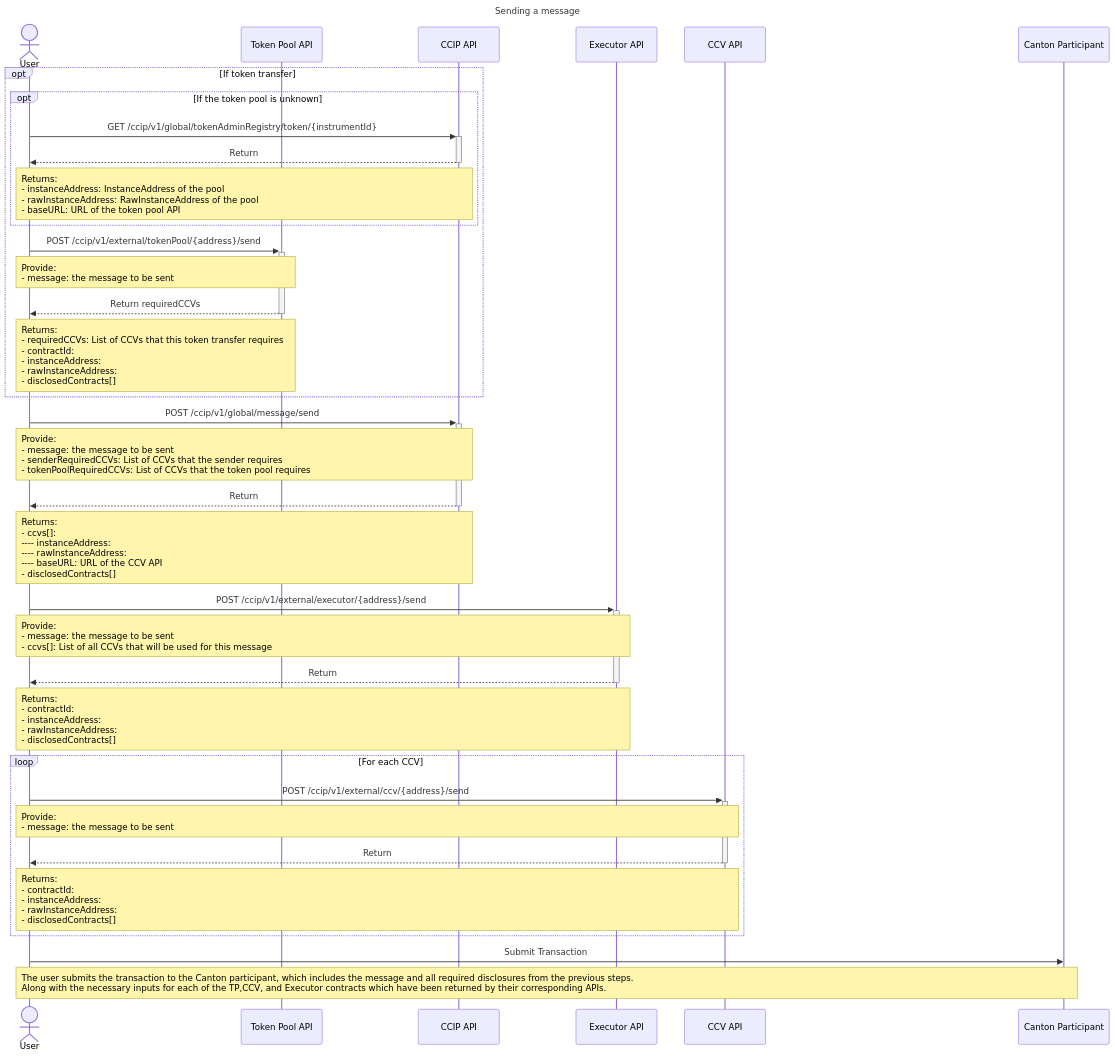
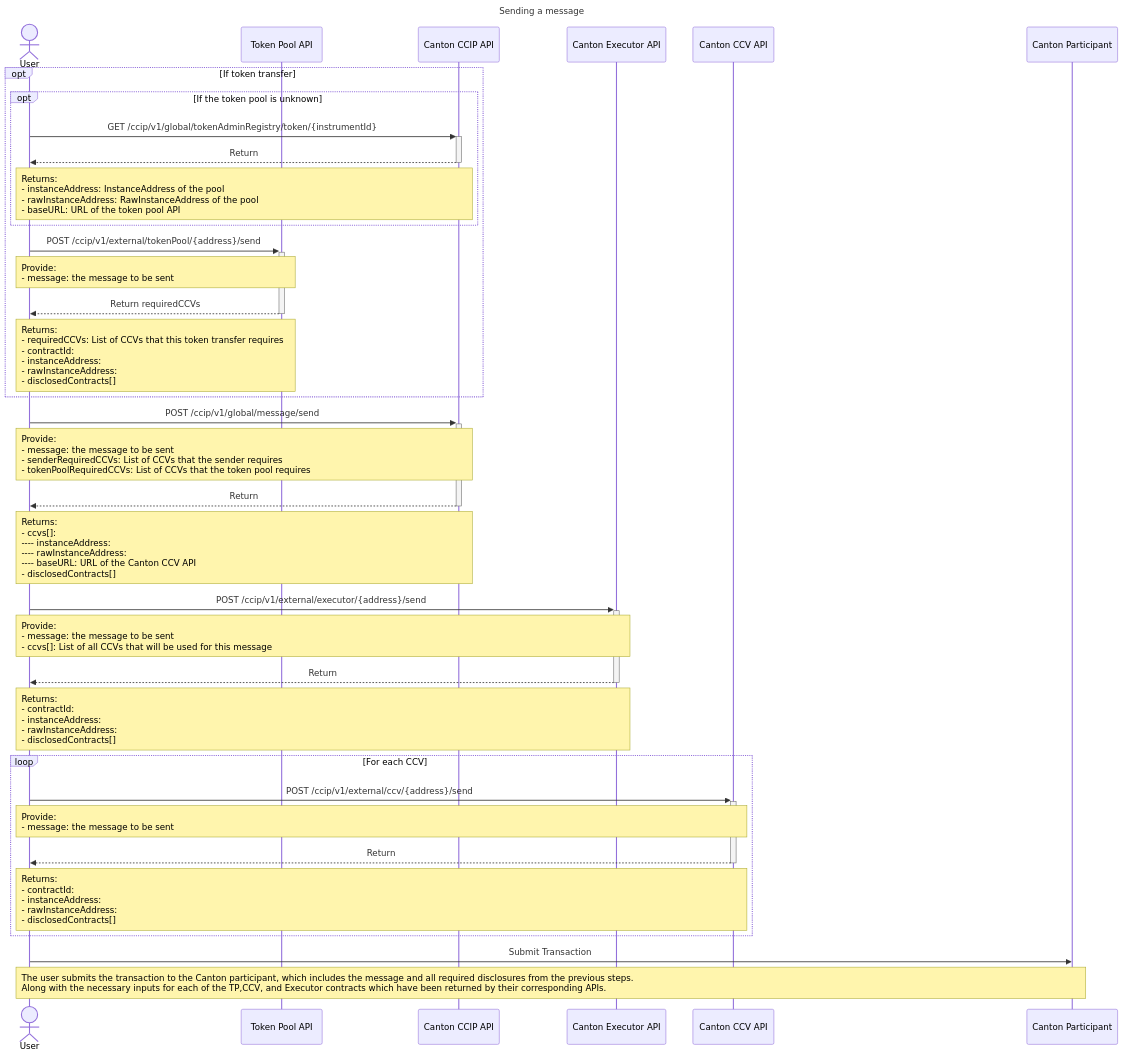
The first of 2 diagrams in openapi/src/eds/README.md (smartcontractkit/chainlink-canton), drawn with Mermaid before and after one commit. The commit also changed other lines of this file and 5 other files, not shown here.

````diff
--- a/openapi/src/eds/README.md
+++ b/openapi/src/eds/README.md
@@ -150,53 +150,53 @@
 ```mermaid
 ---
 title: Sending a message
 config:
     sequence:
         messageAlign: center
         noteAlign: left
         noteMargin: 10
     
 ---
 
 sequenceDiagram
     actor User
     participant TP as Token Pool API
-    participant CCIP as CCIP API
-    participant Executor as Executor API
-    participant CCV as CCV API
+    participant CCIP as Canton CCIP API
+    participant Executor as Canton Executor API
+    participant CCV as Canton CCV API
     participant Canton as Canton Participant
 
     opt If token transfer
         opt If the token pool is unknown
             User ->>+ CCIP: GET /ccip/v1/global/tokenAdminRegistry/token/{instrumentId}
             CCIP -->>- User: Return
             note over User, CCIP: Returns: <br/> - instanceAddress: InstanceAddress of the pool <br/> - rawInstanceAddress: RawInstanceAddress of the pool <br/> - baseURL: URL of the token pool API
         end
 
         User ->>+ TP: POST /ccip/v1/external/tokenPool/{address}/send
         note over User, TP: Provide: <br/> - message: the message to be sent
         TP -->>- User: Return requiredCCVs
         note over User, TP: Returns: <br/> - requiredCCVs: List of CCVs that this token transfer requires <br/> - contractId: <br/> - instanceAddress: <br/> - rawInstanceAddress: <br/> - disclosedContracts[]
     end
 
     User ->>+ CCIP: POST /ccip/v1/global/message/send
     note over User, CCIP: Provide: <br/> - message: the message to be sent <br/> - senderRequiredCCVs: List of CCVs that the sender requires <br/> - tokenPoolRequiredCCVs: List of CCVs that the token pool requires
     CCIP -->>- User: Return
-    note over User, CCIP: Returns: <br/> - ccvs[]: <br/> ---- instanceAddress: <br/> ---- rawInstanceAddress: <br/> ---- baseURL: URL of the CCV API <br/> - disclosedContracts[]
+    note over User, CCIP: Returns: <br/> - ccvs[]: <br/> ---- instanceAddress: <br/> ---- rawInstanceAddress: <br/> ---- baseURL: URL of the Canton CCV API <br/> - disclosedContracts[]
 
     User ->>+ Executor: POST /ccip/v1/external/executor/{address}/send
     note over User, Executor: Provide: <br/> - message: the message to be sent <br/> - ccvs[]: List of all CCVs that will be used for this message
     Executor -->>- User: Return
     note over User, Executor: Returns: <br/> - contractId: <br/> - instanceAddress: <br/> - rawInstanceAddress: <br/> - disclosedContracts[]
 
     loop For each CCV
         User ->>+ CCV: POST /ccip/v1/external/ccv/{address}/send
         note over User, CCV: Provide: <br/> - message: the message to be sent
         CCV -->>- User: Return
         note over User, CCV: Returns: <br/> - contractId: <br/> - instanceAddress: <br/> - rawInstanceAddress: <br/> - disclosedContracts[]
     end
 
     User ->> Canton: Submit Transaction
     note over User, Canton: The user submits the transaction to the Canton participant, which includes the message and all required disclosures from the previous steps. <br/> Along with the necessary inputs for each of the TP,CCV, and Executor contracts which have been returned by their corresponding APIs.
 
 ```
````
